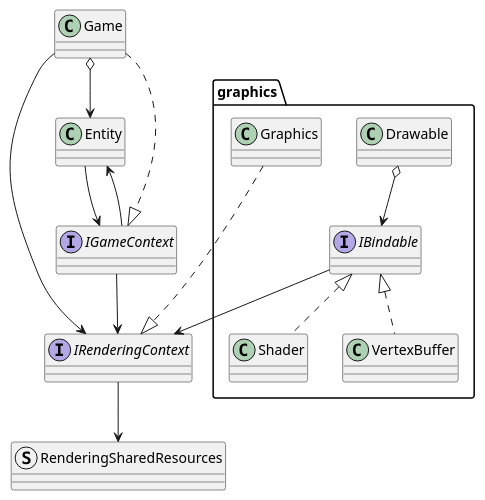
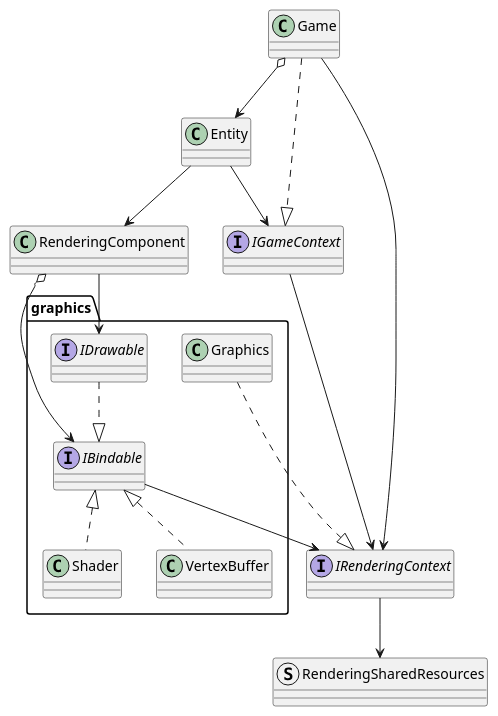
The diagram in DirectX11/docs/uml.puml (GiovanniZambiasi/directx-11), drawn with PlantUML before and after one commit. The commit also changed 39 other files, not shown here.

```diff
--- a/DirectX11/docs/uml.puml
+++ b/DirectX11/docs/uml.puml
@@ -1,41 +1,46 @@
 @startuml
 'https://plantuml.com/class-diagram
 
 class Game
 
 interface IRenderingContext
 Game --> IRenderingContext
 
 package graphics
 {
 class Graphics
 
 Graphics ..|> IRenderingContext
 
 interface IBindable
 IBindable --> IRenderingContext
 
-class Drawable
-Drawable o--> IBindable
+interface IDrawable
+IDrawable ..|> IBindable
 
 class Shader
 Shader .up.|> IBindable
 
 class VertexBuffer
 VertexBuffer .up.|> IBindable
 }
 
 class Entity
 Game o--> Entity
 
+class RenderingComponent
+Entity --> RenderingComponent
+
+RenderingComponent o--> IBindable
+RenderingComponent --> IDrawable
+
 struct RenderingSharedResources
 IRenderingContext --> RenderingSharedResources
 
 interface IGameContext
 Game ..|> IGameContext
 IGameContext --> IRenderingContext
 Entity --> IGameContext
-IGameContext --> Entity
 
 
 @enduml
```
